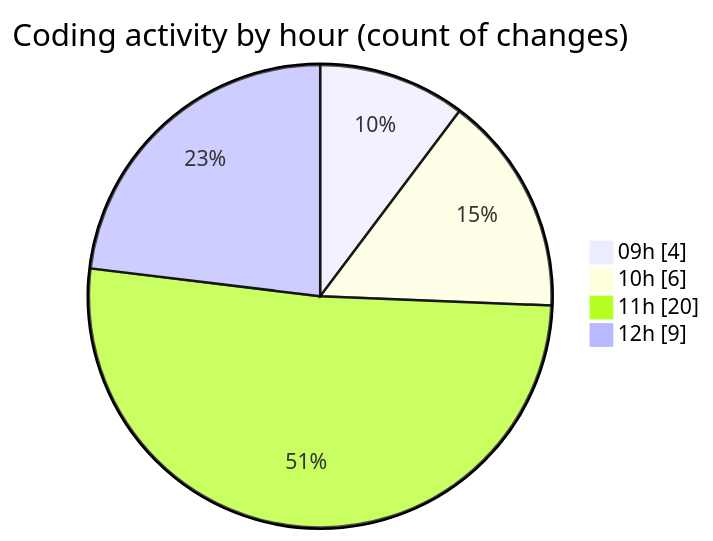
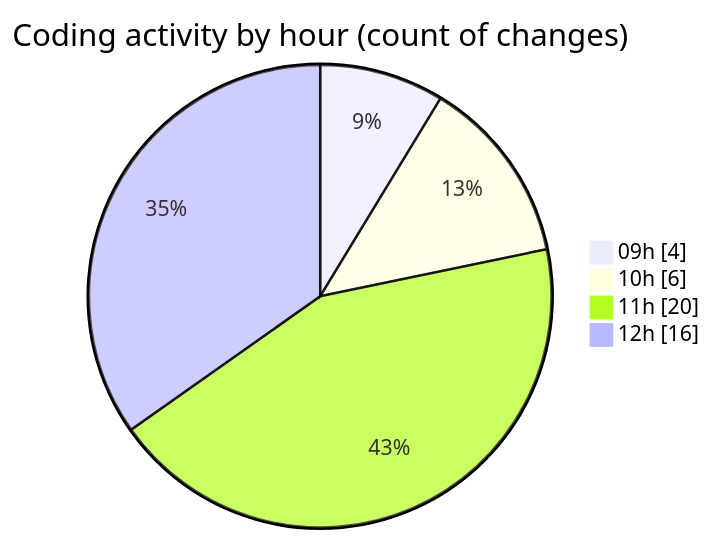
The second of 2 diagrams in 2025-05-29/cda/README.md (momahboobian/code-tracking), drawn with Mermaid before and after one commit. The commit also changed other lines of this file and 1 other file, not shown here.

````diff
--- a/2025-05-29/cda/README.md
+++ b/2025-05-29/cda/README.md
@@ -31,8 +31,8 @@
 ```mermaid
 pie showData
 title Coding activity by hour (count of changes)
 "09h" : 4
 "10h" : 6
 "11h" : 20
-"12h" : 9
+"12h" : 16
 ```
````
